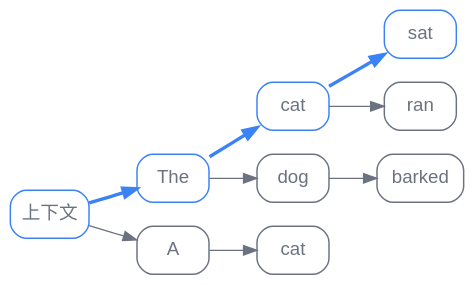
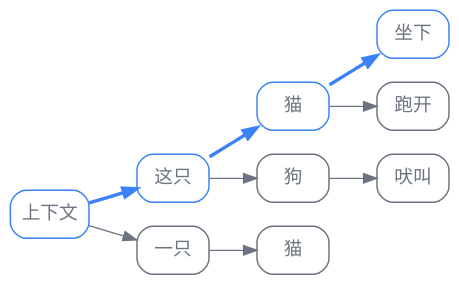
Before and after one commit to latere-ai/ai-as-an-infrastructure: the fourth of 4 diagrams in zh/inference/03-faster-decoding.qmd, drawn with Graphviz. The commit also changed 273 other files, not shown here.

Commit message:
docs: localize Chinese diagrams

````diff
--- a/zh/inference/03-faster-decoding.qmd
+++ b/zh/inference/03-faster-decoding.qmd
@@ -166,37 +166,37 @@
 ```{dot}
 //| label: fig-faster-decoding-tree
 //| fig-cap: "树状的打草稿与验证。从上下文出发，草稿头在每个位置提出若干候选词元，而非一个。一个树注意力掩码在单次目标传播里给每个分支打分，最长的完全被接受的路径（加粗）被发出。据 Cai 等（2024）与 Li 等（2024）。"
 digraph {
   rankdir=LR;
   bgcolor="transparent";
   node [shape=box, style=rounded, fontname="Helvetica", color="#6b7280", fontcolor="#6b7280", penwidth=1.1];
   edge [color="#6b7280", fontcolor="#6b7280"];
   ctx [label="上下文"];
 
-  a1 [label="The"];
-  a2 [label="A"];
+  a1 [label="这只"];
+  a2 [label="一只"];
 
-  b1 [label="cat"];
-  b2 [label="dog"];
-  b3 [label="cat"];
+  b1 [label="猫"];
+  b2 [label="狗"];
+  b3 [label="猫"];
 
-  c1 [label="sat"];
-  c2 [label="ran"];
-  c3 [label="barked"];
+  c1 [label="坐下"];
+  c2 [label="跑开"];
+  c3 [label="吠叫"];
 
   ctx -> a2;
   a1 -> b2;
   a2 -> b3;
   b1 -> c2;
   b2 -> c3;
 
   // 最长被接受的路径，被发出（加粗强调）
   ctx -> a1 [penwidth=2.5, color="#3b82f6"];
   a1 -> b1 [penwidth=2.5, color="#3b82f6"];
   b1 -> c1 [penwidth=2.5, color="#3b82f6"];
   ctx [color="#3b82f6"];
   a1 [color="#3b82f6"];
   b1 [color="#3b82f6"];
   c1 [color="#3b82f6"];
 }
 ```
````
